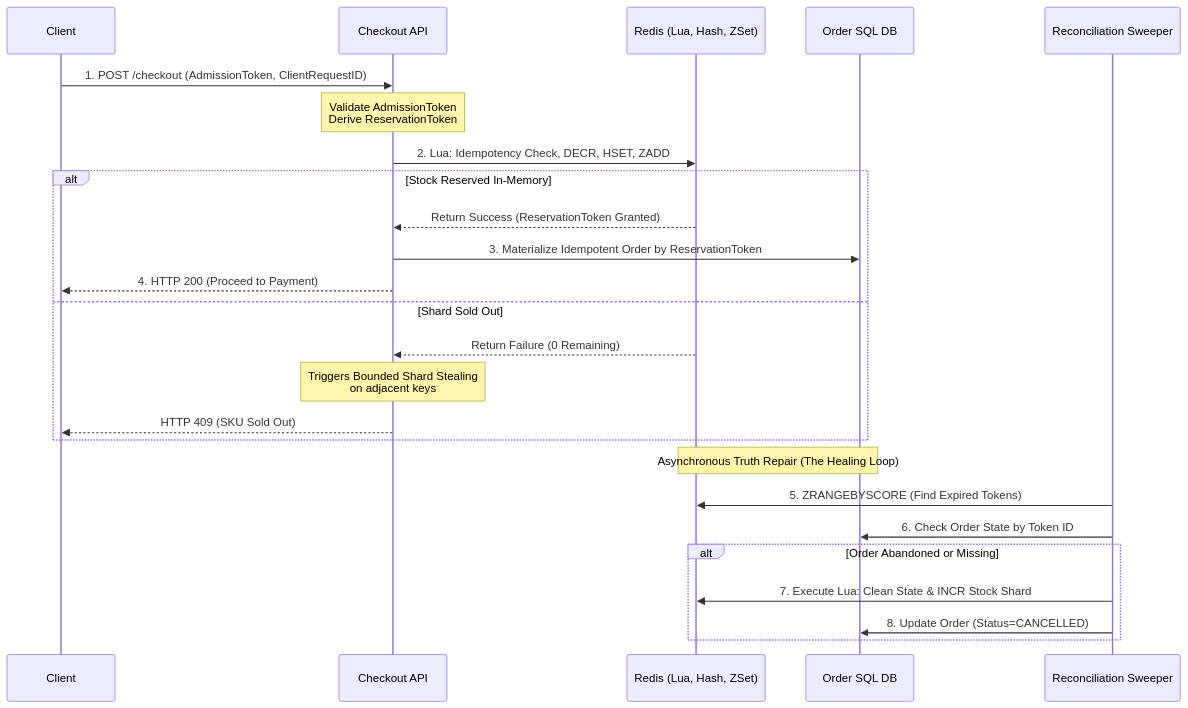
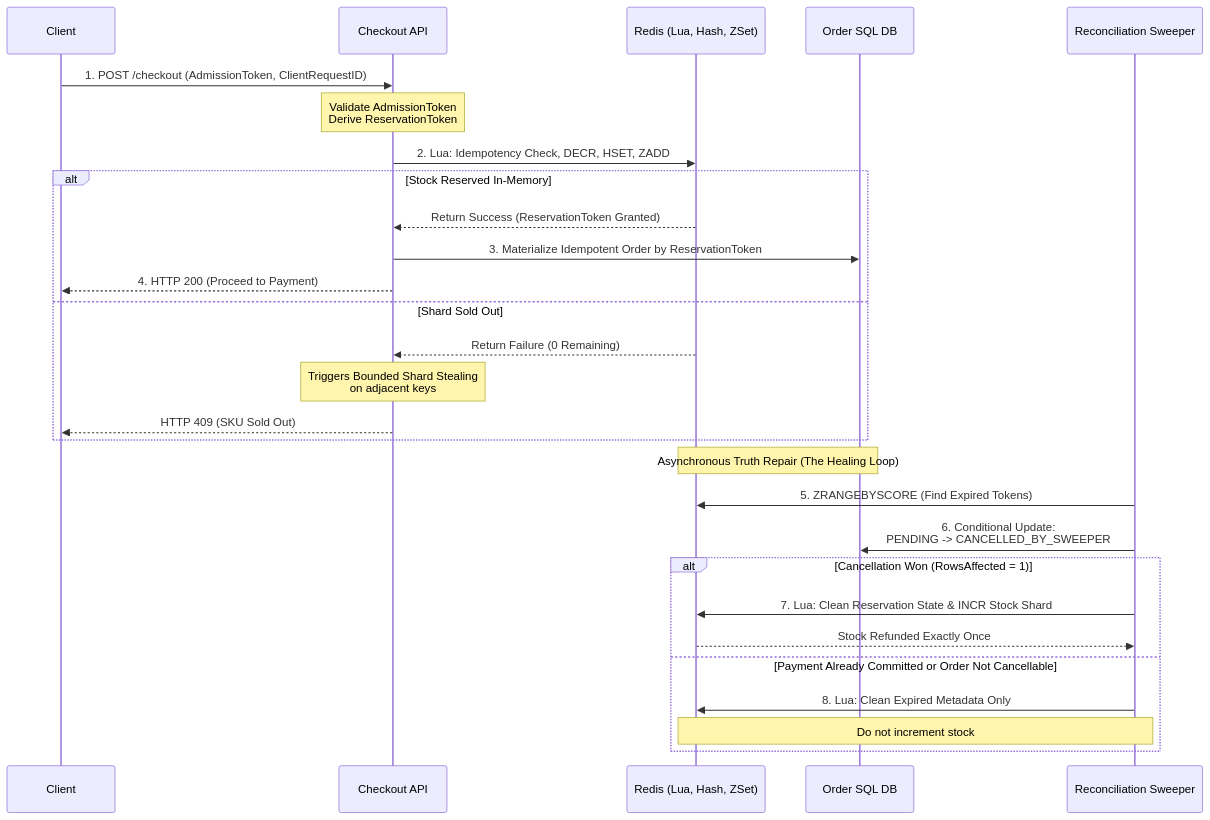
One commit to tuanhiep/tuanhiep.github.io changed the diagram in content/posts/series_3/3.global_flash_sale_engine_inventory.md. Above: the diagram before and after it, drawn with Mermaid. The commit also changed other lines of this file, not shown here.

Commit message:
Global Flash Sale Engine (3/4): Distributed Inventory & The Hot-Row Problem

````diff
--- a/content/posts/series_3/3.global_flash_sale_engine_inventory.md
+++ b/content/posts/series_3/3.global_flash_sale_engine_inventory.md
@@ -189,31 +189,34 @@
 ```mermaid
 sequenceDiagram
     participant C as Client
     participant API as Checkout API
     participant R as Redis (Lua, Hash, ZSet)
     participant DB as Order SQL DB
     participant W as Reconciliation Sweeper
 
     C->>API: 1. POST /checkout (AdmissionToken, ClientRequestID)
     Note over API: Validate AdmissionToken<br/>Derive ReservationToken
     API->>R: 2. Lua: Idempotency Check, DECR, HSET, ZADD
     
     alt Stock Reserved In-Memory
         R-->>API: Return Success (ReservationToken Granted)
         API->>DB: 3. Materialize Idempotent Order by ReservationToken
         API-->>C: 4. HTTP 200 (Proceed to Payment)
     else Shard Sold Out
         R-->>API: Return Failure (0 Remaining)
         Note over API: Triggers Bounded Shard Stealing<br/>on adjacent keys
         API-->>C: HTTP 409 (SKU Sold Out)
     end
 
     Note over R,DB: Asynchronous Truth Repair (The Healing Loop)
     W->>R: 5. ZRANGEBYSCORE (Find Expired Tokens)
-    W->>DB: 6. Check Order State by Token ID
-    alt Order Abandoned or Missing
-        W->>R: 7. Execute Lua: Clean State & INCR Stock Shard
-        W->>DB: 8. Update Order (Status=CANCELLED)
+    W->>DB: 6. Conditional Update:<br/>PENDING -> CANCELLED_BY_SWEEPER
+    alt Cancellation Won (RowsAffected = 1)
+        W->>R: 7. Lua: Clean Reservation State & INCR Stock Shard
+        R-->>W: Stock Refunded Exactly Once
+    else Payment Already Committed or Order Not Cancellable
+        W->>R: 8. Lua: Clean Expired Metadata Only
+        Note over W,R: Do not increment stock
     end
 
 ```
````
